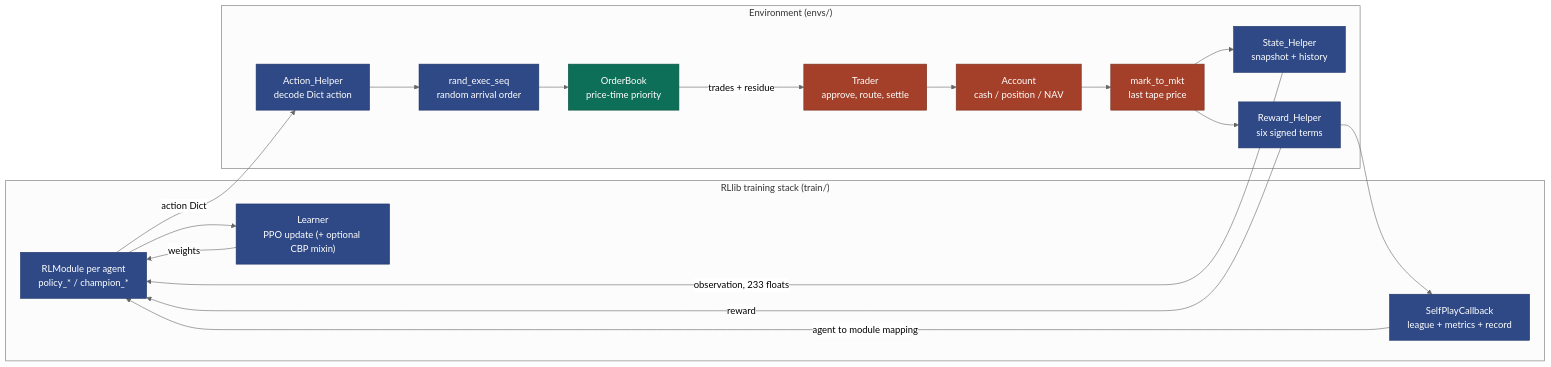
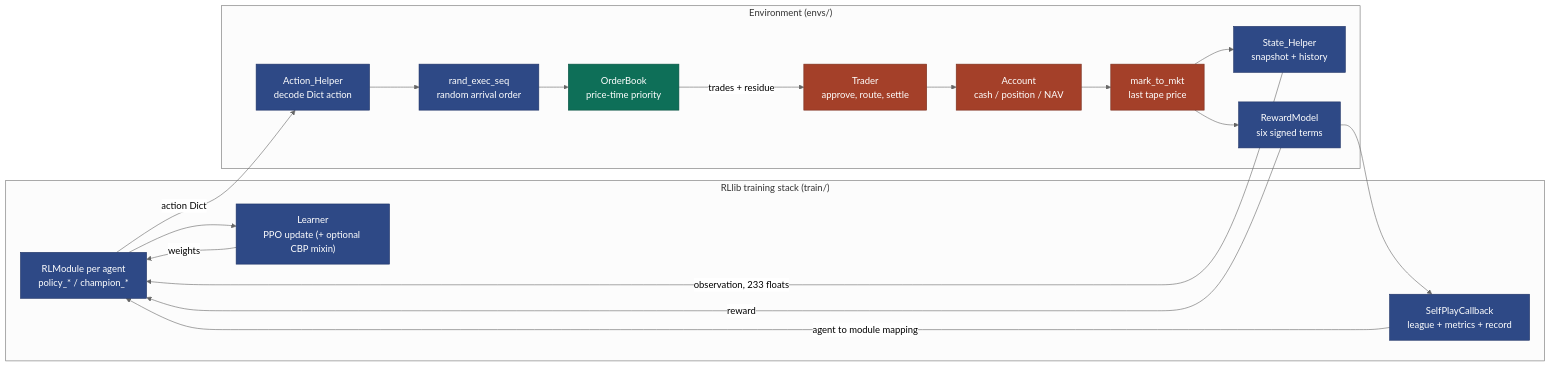
One commit to ChuaCheowHuan/gym-continuousDoubleAuction changed the first of 7 diagrams in doc/02_architecture.md. Above: the diagram before and after it, drawn with Mermaid (neutral theme). The commit also changed other lines of this file and 11 other files, not shown here.

````diff
--- a/doc/02_architecture.md
+++ b/doc/02_architecture.md
@@ -15,40 +15,40 @@
 ```mermaid
 flowchart LR
     subgraph RL["RLlib training stack (train/)"]
         POL["RLModule per agent<br/>policy_* / champion_*"]
         LRN["Learner<br/>PPO update (+ optional CBP mixin)"]
         CB["SelfPlayCallback<br/>league + metrics + record"]
     end
 
     subgraph ENV["Environment (envs/)"]
         ACT["Action_Helper<br/>decode Dict action"]
         SHUF["rand_exec_seq<br/>random arrival order"]
         LOB["OrderBook<br/>price-time priority"]
         TRD["Trader<br/>approve, route, settle"]
         ACC["Account<br/>cash / position / NAV"]
         MTM["mark_to_mkt<br/>last tape price"]
         OBS["State_Helper<br/>snapshot + history"]
-        REW["Reward_Helper<br/>six signed terms"]
+        REW["RewardModel<br/>six signed terms"]
     end
 
     POL -->|"action Dict"| ACT
     ACT --> SHUF --> LOB
     LOB -->|"trades + residue"| TRD
     TRD --> ACC
     ACC --> MTM
     MTM --> OBS
     MTM --> REW
     OBS -->|"observation, 233 floats"| POL
     REW -->|"reward"| POL
     REW --> CB
     CB -->|"agent to module mapping"| POL
     POL --> LRN
     LRN -->|"weights"| POL
 
     classDef learn fill:#2E4986,stroke:#1F3366,color:#fff
     classDef book fill:#0E6F58,stroke:#0A5242,color:#fff
     classDef ledger fill:#A44029,stroke:#7A2F1E,color:#fff
     class POL,LRN,CB,ACT,SHUF,OBS,REW learn
     class LOB book
     class TRD,ACC,MTM ledger
 ```
````
